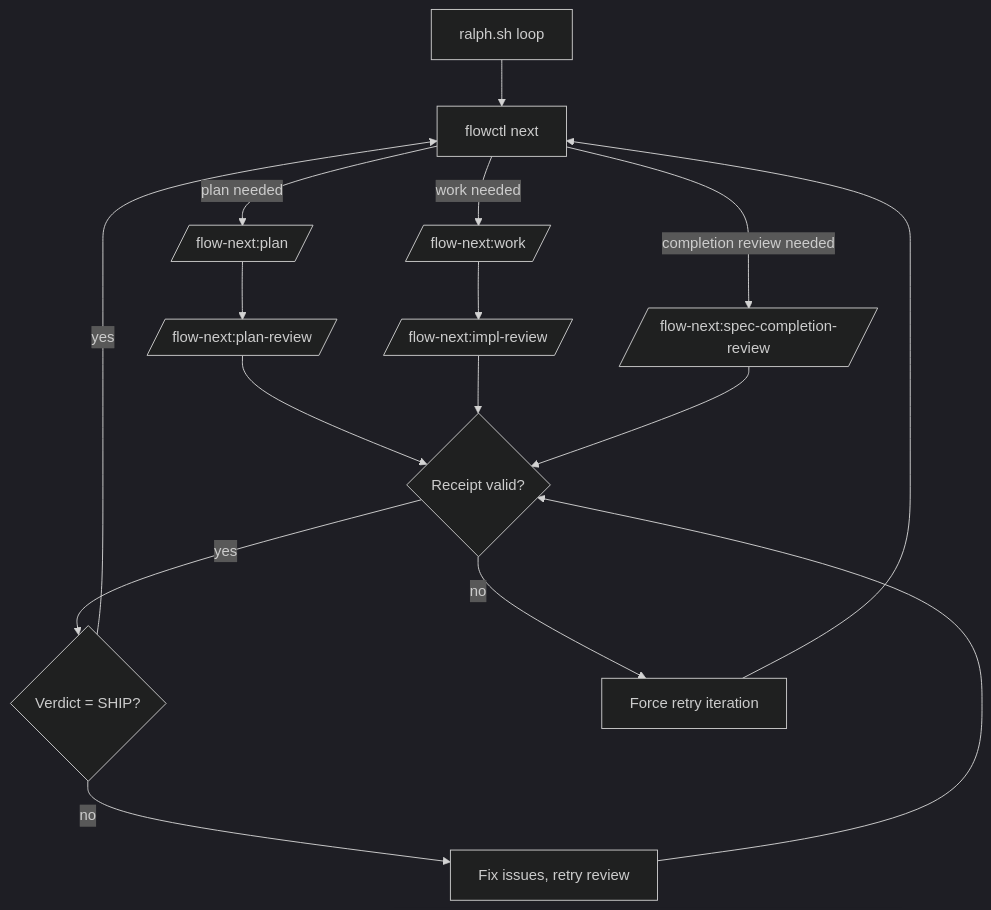
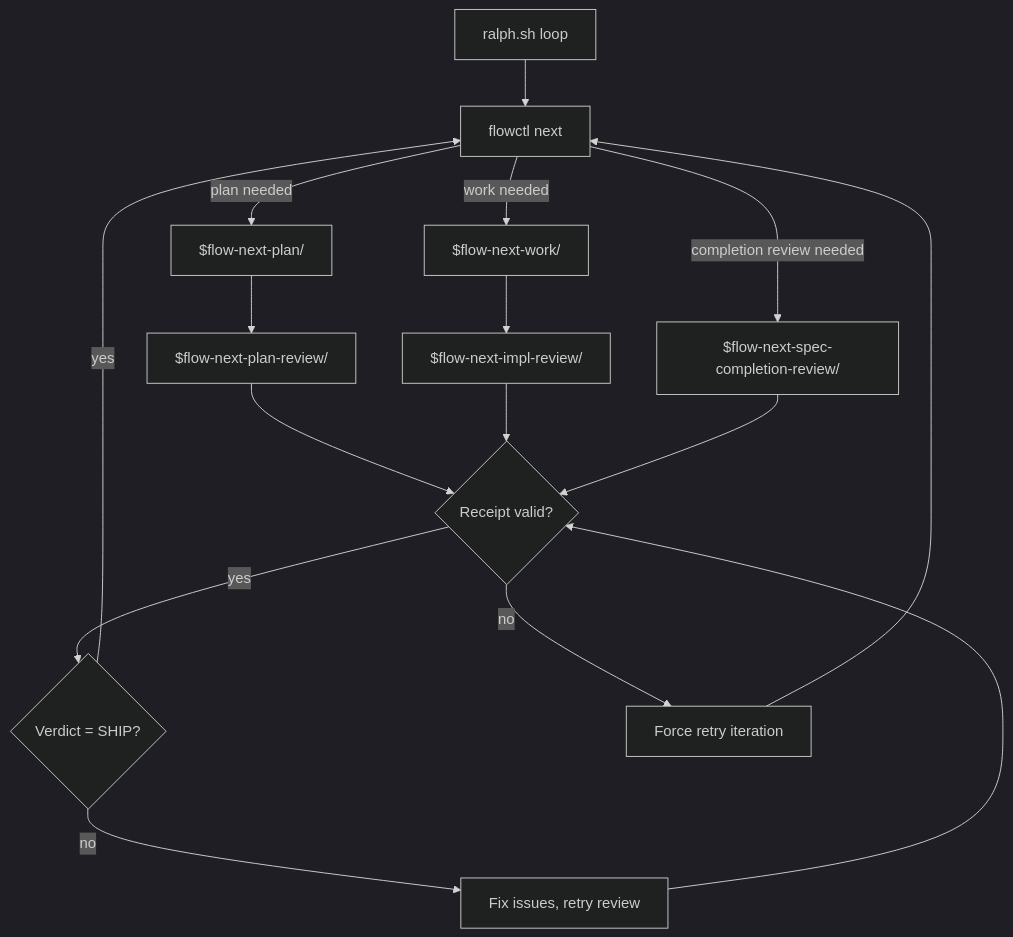
One commit to gmickel/flow-next changed the diagram in plugins/flow-next/codex/docs/flow-next/ralph.md. Above: the diagram before and after it, drawn with Mermaid (dark theme). The commit also changed other lines of this file and 18 other files, not shown here.

First line of the commit message:
fix(sync-codex): docs-mirror named-command rewrite to $flow-next-* syntax, platforms.md excluded (codex P2 round 7 on #363)

````diff
--- a/plugins/flow-next/codex/docs/flow-next/ralph.md
+++ b/plugins/flow-next/codex/docs/flow-next/ralph.md
@@ -153,18 +153,18 @@
 ```mermaid
 flowchart TD
   A[ralph.sh loop] --> B[flowctl next]
-  B -->|plan needed| C[/flow-next:plan/]
-  C --> D[/flow-next:plan-review/]
-  B -->|work needed| E[/flow-next:work/]
-  E --> F[/flow-next:impl-review/]
-  B -->|completion review needed| K[/flow-next:spec-completion-review/]
+  B -->|plan needed| C[$flow-next-plan/]
+  C --> D[$flow-next-plan-review/]
+  B -->|work needed| E[$flow-next-work/]
+  E --> F[$flow-next-impl-review/]
+  B -->|completion review needed| K[$flow-next-spec-completion-review/]
   D --> G{Receipt valid?}
   F --> G
   K --> G
   G -- yes --> H{Verdict = SHIP?}
   H -- yes --> B
   H -- no --> I[Fix issues, retry review]
   I --> G
   G -- no --> J[Force retry iteration]
   J --> B
 ```
````
